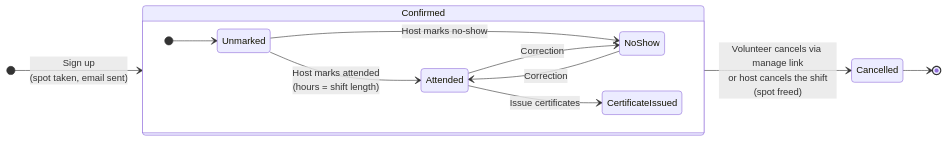
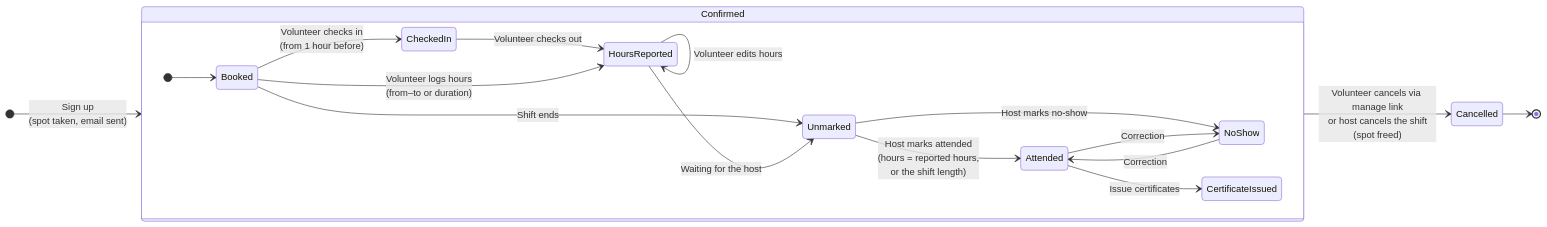
Before and after one commit to anbbala/sevak: the fourth of 9 diagrams in docs/DIAGRAMS.md, drawn with Mermaid. The commit also changed other lines of this file and 7 other files, not shown here.

First line of the commit message:
My sign-ups: check in, check out and log volunteer hours

````diff
--- a/docs/DIAGRAMS.md
+++ b/docs/DIAGRAMS.md
@@ -258,17 +263,23 @@
 ```mermaid
 stateDiagram-v2
     direction LR
     [*] --> Confirmed : Sign up<br/>(spot taken, email sent)
     Confirmed --> Cancelled : Volunteer cancels via manage link<br/>or host cancels the shift<br/>(spot freed)
     Cancelled --> [*]
 
     state Confirmed {
         direction LR
-        [*] --> Unmarked
-        Unmarked --> Attended : Host marks attended<br/>(hours = shift length)
+        [*] --> Booked
+        Booked --> CheckedIn : Volunteer checks in<br/>(from 1 hour before)
+        CheckedIn --> HoursReported : Volunteer checks out
+        Booked --> HoursReported : Volunteer logs hours<br/>(from–to or duration)
+        HoursReported --> HoursReported : Volunteer edits hours
+        Booked --> Unmarked : Shift ends
+        HoursReported --> Unmarked : Waiting for the host
+        Unmarked --> Attended : Host marks attended<br/>(hours = reported hours,<br/>or the shift length)
         Unmarked --> NoShow : Host marks no-show
         Attended --> NoShow : Correction
         NoShow --> Attended : Correction
         Attended --> CertificateIssued : Issue certificates
     }
 ```
````
